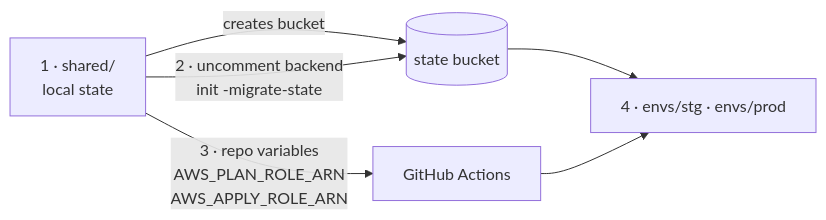
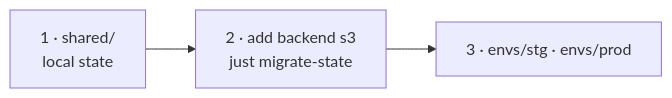
Before and after one commit to stsquinn/agents: the diagram in skills/terraform/assets/template/README.md, drawn with Mermaid. The commit also changed other lines of this file and 11 other files, not shown here.

````diff
--- a/skills/terraform/assets/template/README.md
+++ b/skills/terraform/assets/template/README.md
@@ -19,8 +19,5 @@
 ```mermaid
 graph LR
-  A["1 · shared/<br/>local state"] -->|creates bucket| B[("state bucket")]
-  A -->|"2 · uncomment backend<br/>init -migrate-state"| B
-  A -->|"3 · repo variables<br/>AWS_PLAN_ROLE_ARN<br/>AWS_APPLY_ROLE_ARN"| C["GitHub Actions"]
-  B --> D["4 · envs/stg · envs/prod"]
-  C --> D
+  A["1 · shared/<br/>local state"] --> B["2 · add backend s3<br/>just migrate-state"]
+  B --> C["3 · envs/stg · envs/prod"]
 ```
````
